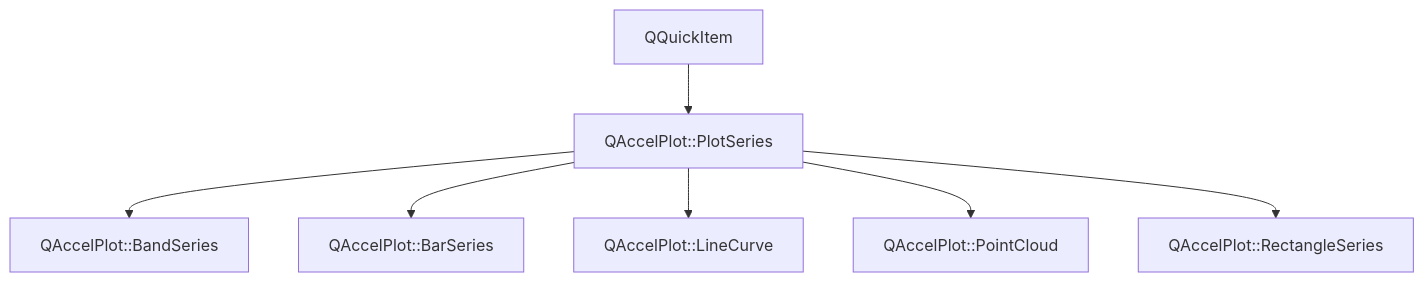
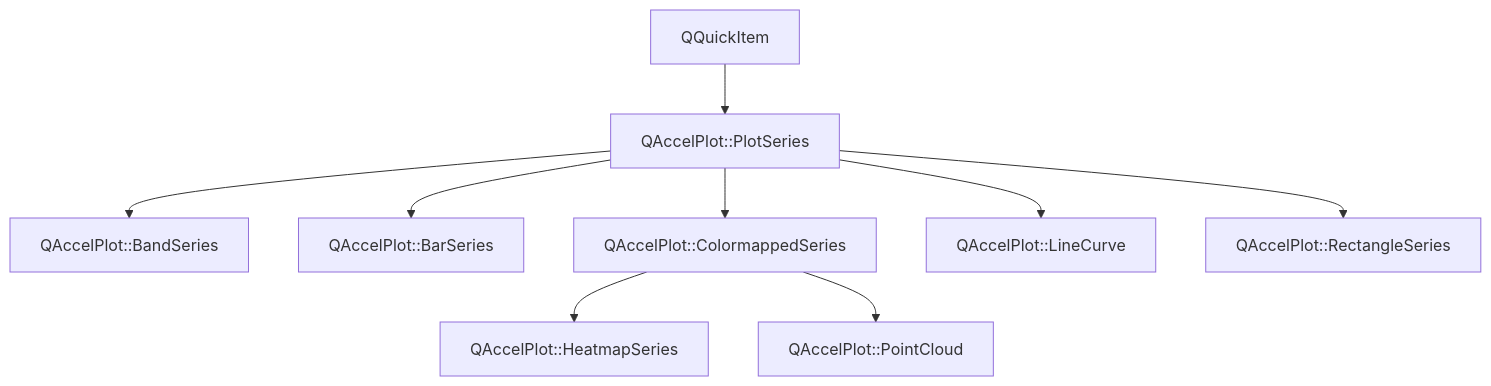
Before and after one commit to michalgrabarczyk/QAccelPlot: the diagram in main/assets/.doxy/QAccelPlot/api/classQAccelPlot_1_1PlotSeries.md, drawn with Mermaid. The commit also changed other lines of this file and 531 other files, not shown here.

````diff
--- a/main/assets/.doxy/QAccelPlot/api/classQAccelPlot_1_1PlotSeries.md
+++ b/main/assets/.doxy/QAccelPlot/api/classQAccelPlot_1_1PlotSeries.md
@@ -32,28 +32,36 @@
 ```mermaid
 flowchart TB
   classQAccelPlot_1_1PlotSeries["QAccelPlot::PlotSeries"]
 
   external_base_classQAccelPlot_1_1PlotSeries_1["QQuickItem"]
   external_base_classQAccelPlot_1_1PlotSeries_1 --> classQAccelPlot_1_1PlotSeries
 
   classQAccelPlot_1_1BandSeries["QAccelPlot::BandSeries"]
   classQAccelPlot_1_1PlotSeries --> classQAccelPlot_1_1BandSeries
   click classQAccelPlot_1_1BandSeries "../classQAccelPlot_1_1BandSeries/" "Open QAccelPlot::BandSeries"
 
   classQAccelPlot_1_1BarSeries["QAccelPlot::BarSeries"]
   classQAccelPlot_1_1PlotSeries --> classQAccelPlot_1_1BarSeries
   click classQAccelPlot_1_1BarSeries "../classQAccelPlot_1_1BarSeries/" "Open QAccelPlot::BarSeries"
 
+  classQAccelPlot_1_1ColormappedSeries["QAccelPlot::ColormappedSeries"]
+  classQAccelPlot_1_1PlotSeries --> classQAccelPlot_1_1ColormappedSeries
+  click classQAccelPlot_1_1ColormappedSeries "../classQAccelPlot_1_1ColormappedSeries/" "Open QAccelPlot::ColormappedSeries"
+
+  classQAccelPlot_1_1HeatmapSeries["QAccelPlot::HeatmapSeries"]
+  classQAccelPlot_1_1ColormappedSeries --> classQAccelPlot_1_1HeatmapSeries
+  click classQAccelPlot_1_1HeatmapSeries "../classQAccelPlot_1_1HeatmapSeries/" "Open QAccelPlot::HeatmapSeries"
+
+  classQAccelPlot_1_1PointCloud["QAccelPlot::PointCloud"]
+  classQAccelPlot_1_1ColormappedSeries --> classQAccelPlot_1_1PointCloud
+  click classQAccelPlot_1_1PointCloud "../classQAccelPlot_1_1PointCloud/" "Open QAccelPlot::PointCloud"
+
   classQAccelPlot_1_1LineCurve["QAccelPlot::LineCurve"]
   classQAccelPlot_1_1PlotSeries --> classQAccelPlot_1_1LineCurve
   click classQAccelPlot_1_1LineCurve "../classQAccelPlot_1_1LineCurve/" "Open QAccelPlot::LineCurve"
-
-  classQAccelPlot_1_1PointCloud["QAccelPlot::PointCloud"]
-  classQAccelPlot_1_1PlotSeries --> classQAccelPlot_1_1PointCloud
-  click classQAccelPlot_1_1PointCloud "../classQAccelPlot_1_1PointCloud/" "Open QAccelPlot::PointCloud"
 
   classQAccelPlot_1_1RectangleSeries["QAccelPlot::RectangleSeries"]
   classQAccelPlot_1_1PlotSeries --> classQAccelPlot_1_1RectangleSeries
   click classQAccelPlot_1_1RectangleSeries "../classQAccelPlot_1_1RectangleSeries/" "Open QAccelPlot::RectangleSeries"
 
 ```
````
